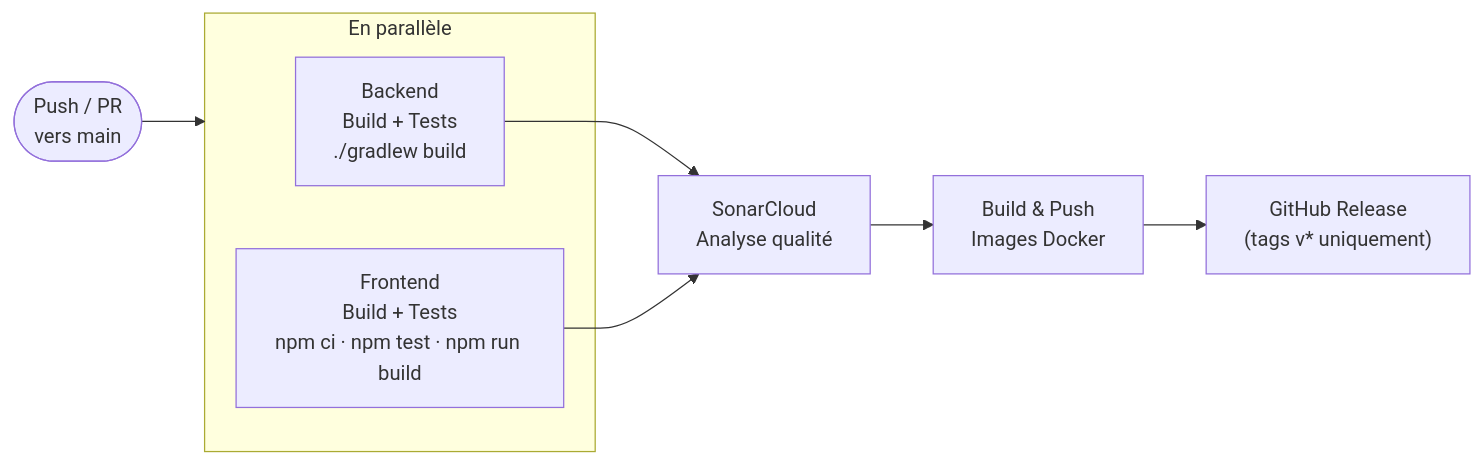
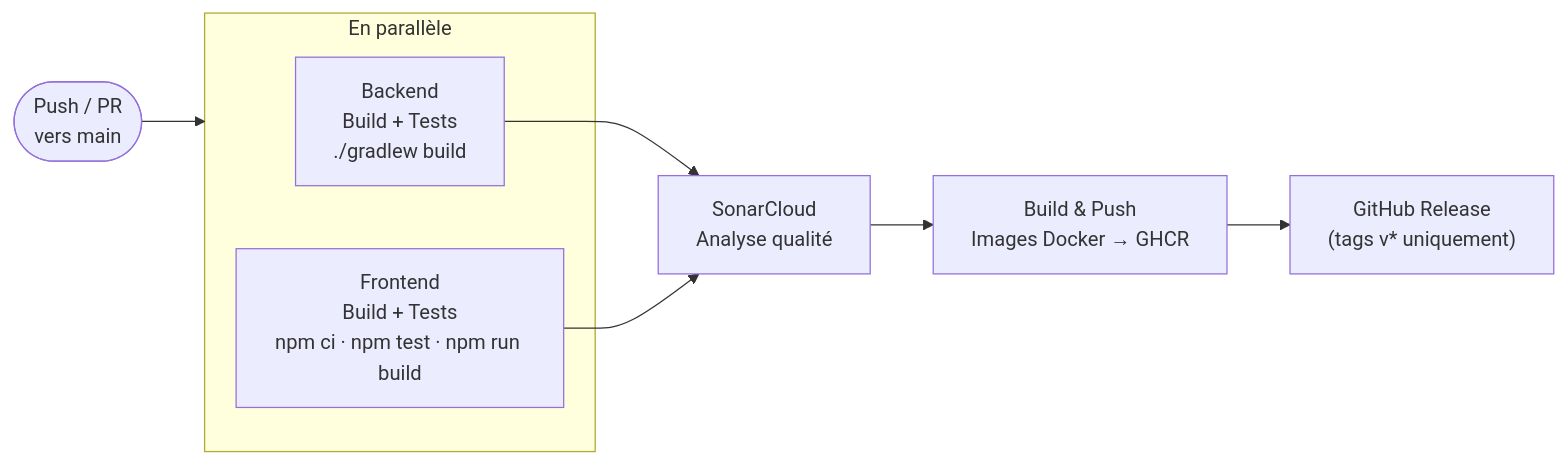
The second of 2 diagrams in rapport.md (anthony-openclassroom/projet-7_microcrm), drawn with Mermaid before and after one commit. The commit also changed other lines of this file, not shown here.

````diff
--- a/rapport.md
+++ b/rapport.md
@@ -106,19 +104,19 @@
 ```mermaid
 flowchart LR
     trigger(["Push / PR\nvers main"])
 
     subgraph parallel["En parallèle"]
         B["Backend\nBuild + Tests\n./gradlew build"]
         F["Frontend\nBuild + Tests\nnpm ci · npm test · npm run build"]
     end
 
     S["SonarCloud\nAnalyse qualité"]
-    D["Build & Push\nImages Docker"]
+    D["Build & Push\nImages Docker → GHCR"]
     R["GitHub Release\n(tags v* uniquement)"]
 
     trigger --> parallel
     B --> S
     F --> S
     S --> D
     D --> R
 ```
````
